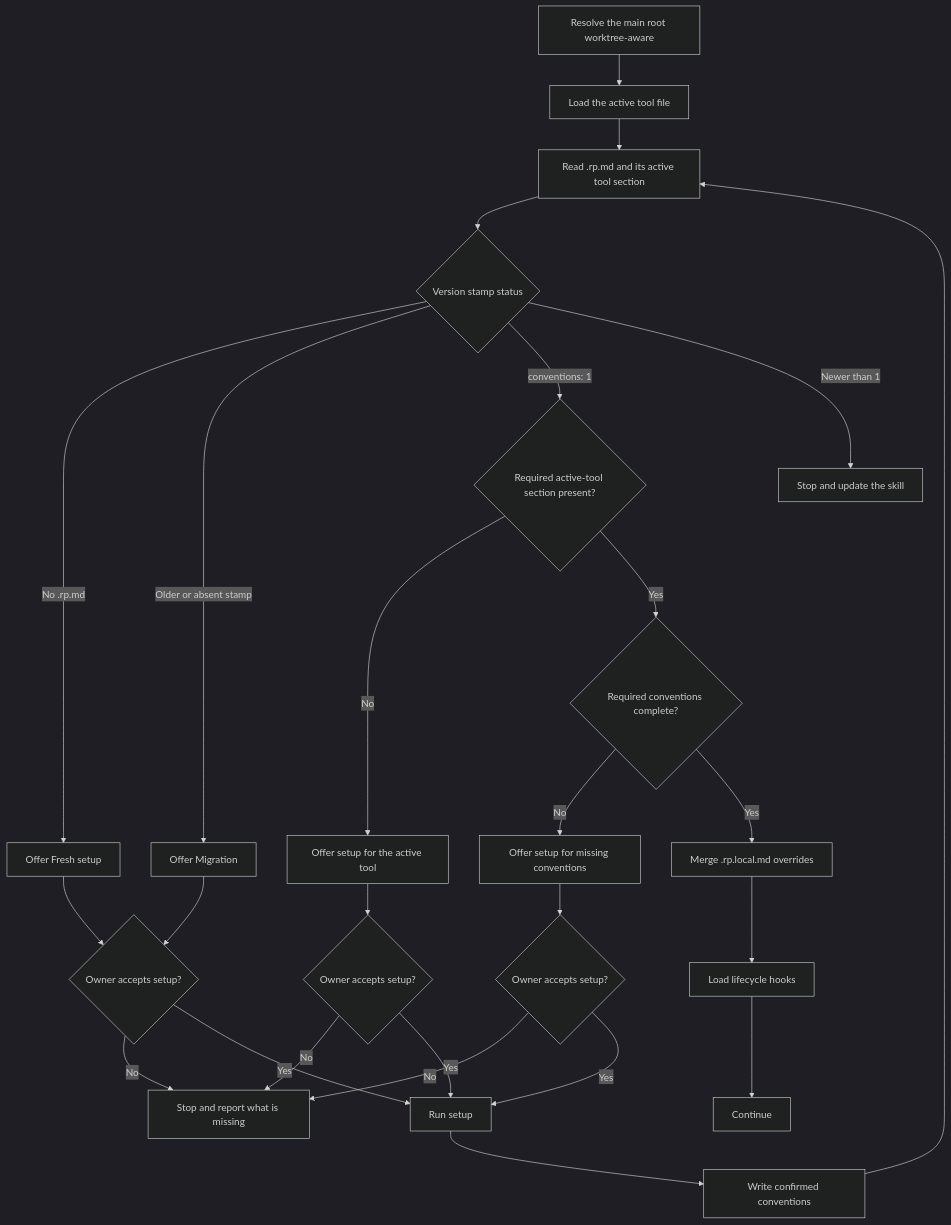
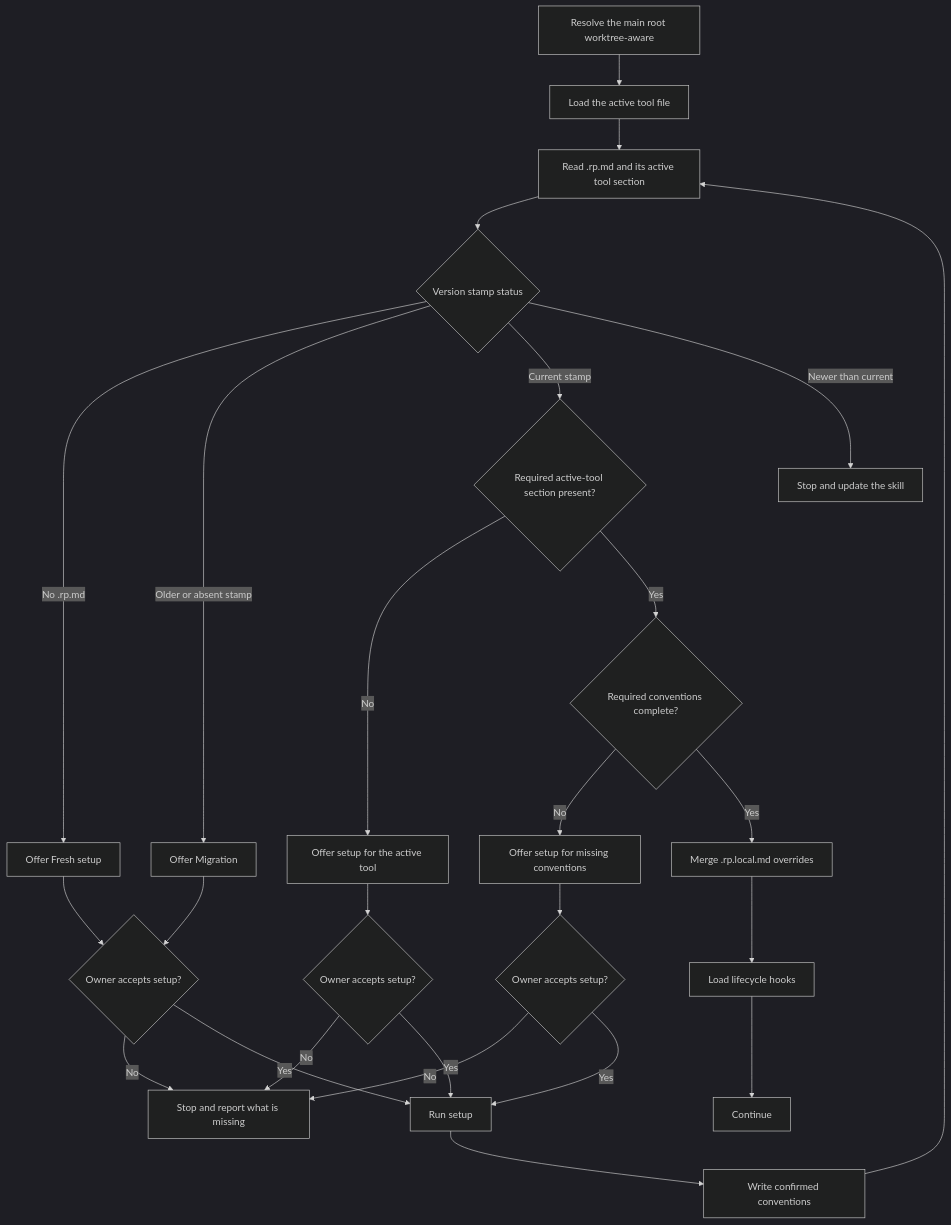
One commit to Automattic/radical-pipelines changed the diagram in docs/flowcharts/load-conventions.md. Above: the diagram before and after it, drawn with Mermaid (dark theme). The commit also changed 12 other files, not shown here.

````diff
--- a/docs/flowcharts/load-conventions.md
+++ b/docs/flowcharts/load-conventions.md
@@ -5,28 +5,28 @@
 ```mermaid
 flowchart TD
     A["Resolve the main root worktree-aware"] --> B["Load the active tool file"]
     B --> C["Read .rp.md and its active tool section"]
     C --> H{"Version stamp status"}
     H -->|No .rp.md| I["Offer Fresh setup"]
     H -->|Older or absent stamp| J["Offer Migration"]
-    H -->|conventions: 1| D{"Required active-tool section present?"}
-    H -->|Newer than 1| L["Stop and update the skill"]
+    H -->|Current stamp| D{"Required active-tool section present?"}
+    H -->|Newer than current| L["Stop and update the skill"]
     D -->|No| E["Offer setup for the active tool"]
     E --> F{"Owner accepts setup?"}
     F -->|No| STOP["Stop and report what is missing"]
     F -->|Yes| SETUP["Run setup"]
     SETUP --> WRITE["Write confirmed conventions"]
     WRITE --> C
     D -->|Yes| K{"Required conventions complete?"}
     I --> M{"Owner accepts setup?"}
     J --> M
     M -->|No| STOP
     M -->|Yes| SETUP
     K -->|No| N["Offer setup for missing conventions"]
     N --> O{"Owner accepts setup?"}
     O -->|No| STOP
     O -->|Yes| SETUP
     K -->|Yes| G["Merge .rp.local.md overrides"]
     G --> P["Load lifecycle hooks"]
     P --> Q["Continue"]
 ```
````
